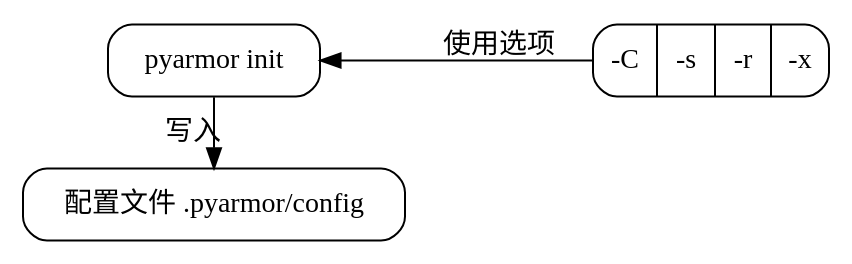
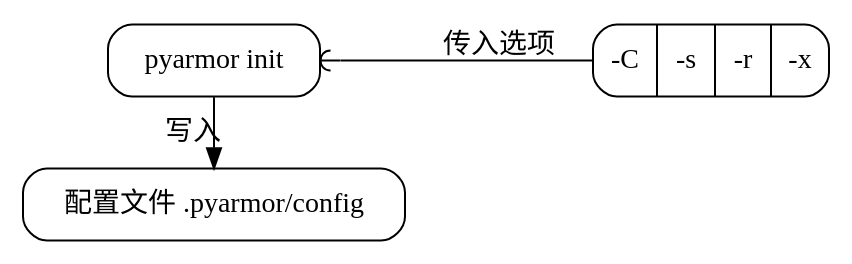
One commit to dashingsoft/dashingsoft.github.io changed the first of 10 diagrams in pyarmor/learn/zh/commands.rst. Above: the diagram before and after it, drawn with Graphviz. The commit also changed other lines of this file, not shown here.

Commit message:
Refine graph

```diff
--- a/pyarmor/learn/zh/commands.rst
+++ b/pyarmor/learn/zh/commands.rst
@@ -22,17 +22,17 @@
 .. graphviz::
    :caption: 创建工程
    :align: center
    :name: g-create-project
 
    digraph G {
       node [shape=box, style=rounded, target="_top"]
       rankdir=LR
 
       opts [shape=record
             label="{-C|-s|-r|-x}"]
       init [label="pyarmor init"]
       conf [label="配置文件 .pyarmor/config"]
 
-      init -> opts [label="使用选项" dir=back]
+      init -> opts [label="传入选项" dir=back arrowtail=curve]
       rank=same { init -> conf [label="写入"] }
    }
```
